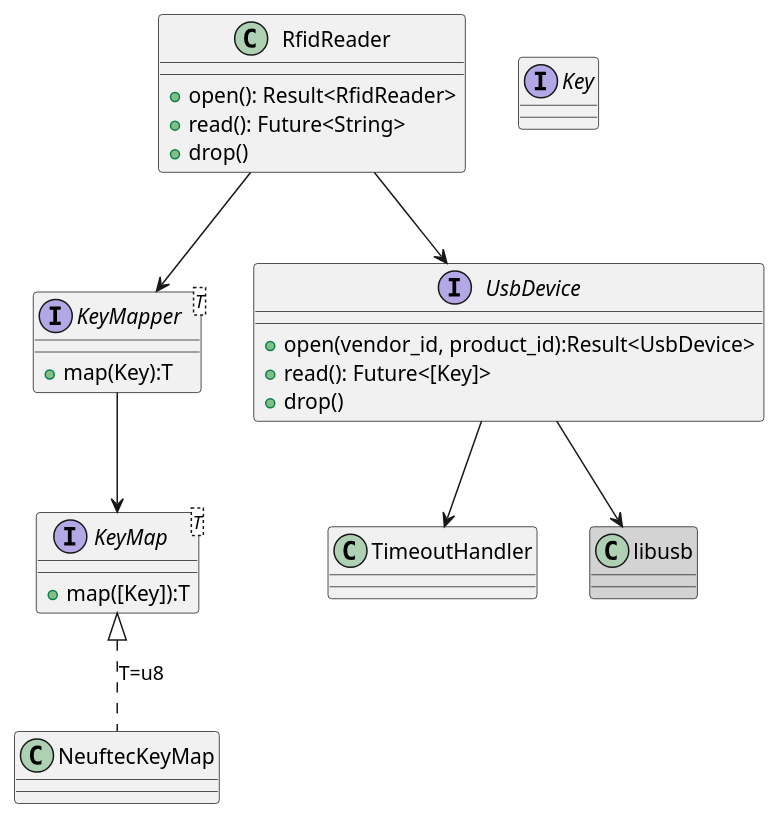
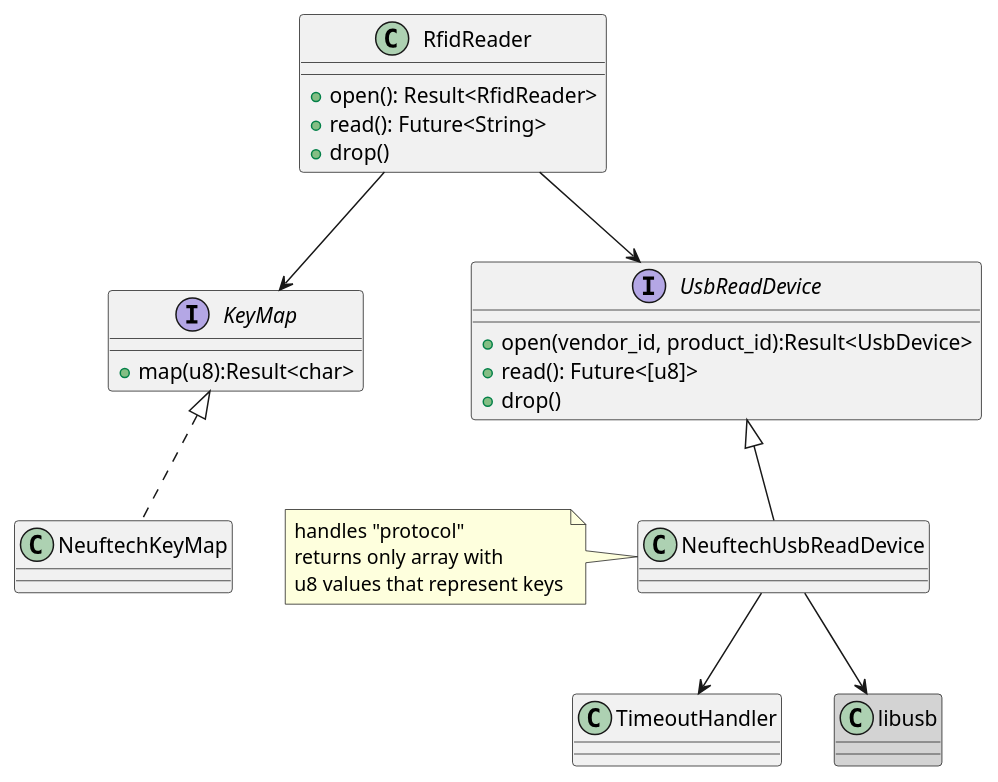
The fourth of 4 diagrams in Readme.md (rusty-octopus/rfid_media_player), drawn with PlantUML before and after one commit.

Commit message:
Reworked SW design rfid_reader.

````diff
--- a/Readme.md
+++ b/Readme.md
@@ -90,35 +90,41 @@
 ```plantuml
 class RfidReader {
   + open(): Result<RfidReader>
   + read(): Future<String>
   + drop()
 }
 
-interface KeyMap<T> {
-  + map([Key]):T
+interface KeyMap {
+  + map(u8):Result<char>
 }
-class NeuftecKeyMap
-interface KeyMapper<T> {
-  + map(Key):T
+class NeuftechKeyMap
+
+
+interface UsbReadDevice {
+  + open(vendor_id, product_id):Result<UsbDevice>
+  + read(): Future<[u8]>
+  + drop()
 }
 
-interface Key
-interface UsbDevice {
-  + open(vendor_id, product_id):Result<UsbDevice>
-  + read(): Future<[Key]>
-  + drop()
-}
+class NeuftechUsbReadDevice
+
+note left of NeuftechUsbReadDevice
+  handles "protocol"
+  returns only array with
+  u8 values that represent keys
+end note
+
 class TimeoutHandler
 
 class libusb #LightGrey
 
-RfidReader -down-> UsbDevice
-RfidReader -down-> KeyMapper
+NeuftechUsbReadDevice -up-|> UsbReadDevice
 
-NeuftecKeyMap .up-|> KeyMap: T=u8
+RfidReader -down-> UsbReadDevice
+RfidReader -down-> KeyMap
 
-KeyMapper -down-> KeyMap
+NeuftechKeyMap .up-|> KeyMap
 
-UsbDevice --> TimeoutHandler
-UsbDevice -down-> libusb
+NeuftechUsbReadDevice --> TimeoutHandler
+NeuftechUsbReadDevice -down-> libusb
 ```
````
